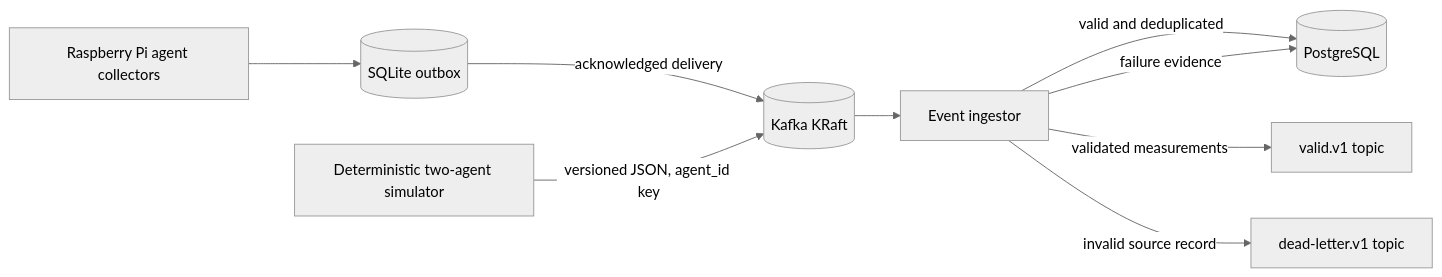
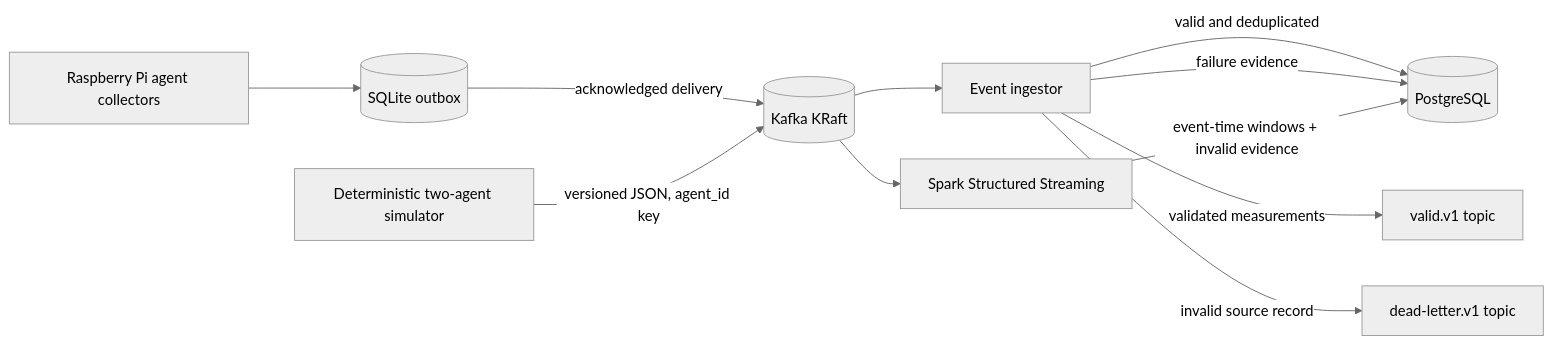
The diagram in README.md (Jerry-Padilla/local-network-kafka-monitoring), drawn with Mermaid (neutral theme) before and after one commit. The commit also changed other lines of this file and 38 other files, not shown here.

Commit message:
feat: add Spark Structured Streaming curation

````diff
--- a/README.md
+++ b/README.md
@@ -11,11 +12,13 @@
 ```mermaid
 flowchart LR
     A[Raspberry Pi agent collectors] --> O[(SQLite outbox)]
     O -->|acknowledged delivery| K[(Kafka KRaft)]
     S[Deterministic two-agent simulator] -->|versioned JSON, agent_id key| K[(Kafka KRaft)]
     K --> C[Event ingestor]
+    K --> T[Spark Structured Streaming]
     C -->|valid and deduplicated| P[(PostgreSQL)]
     C -->|validated measurements| V[valid.v1 topic]
     C -->|invalid source record| D[dead-letter.v1 topic]
     C -->|failure evidence| P
+    T -->|event-time windows + invalid evidence| P
 ```
````
